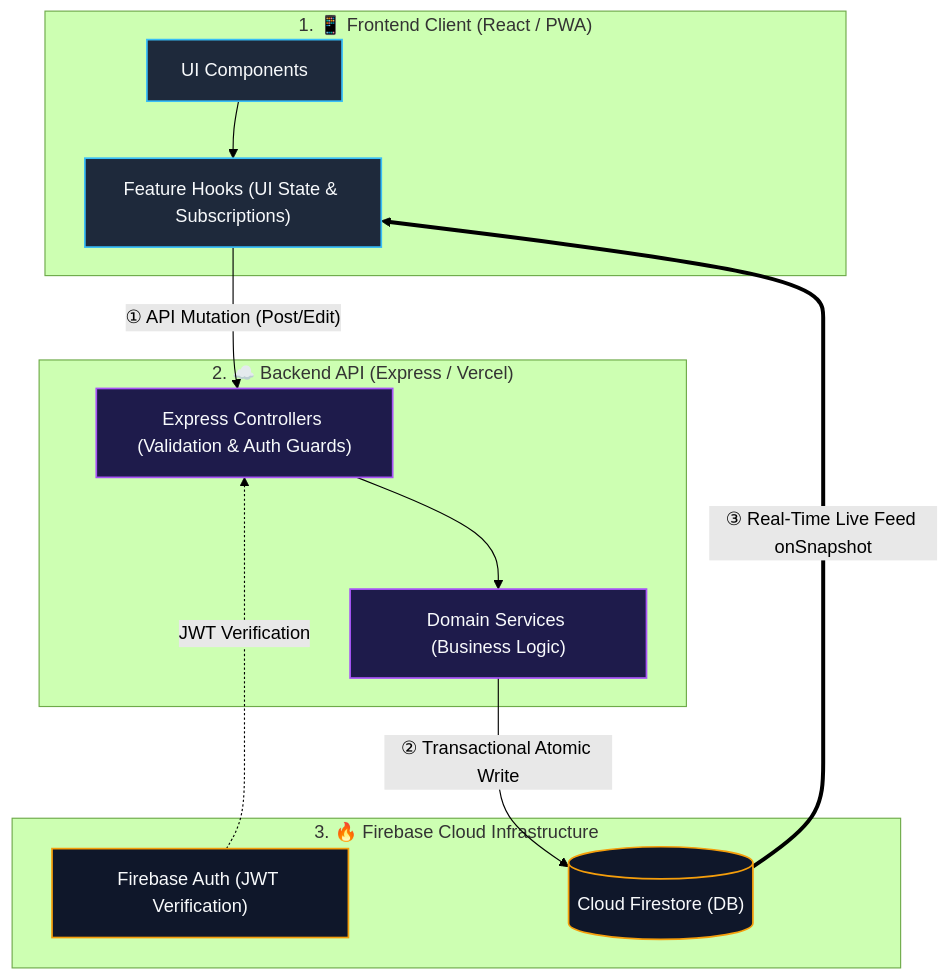
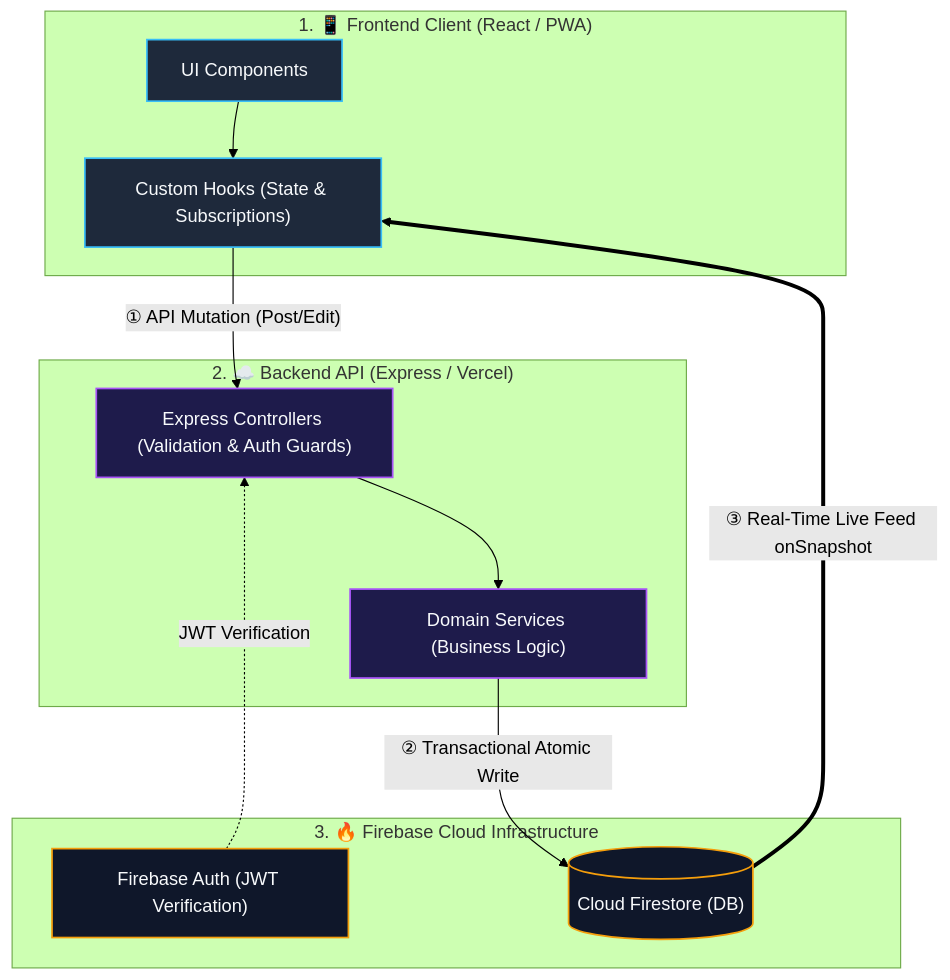
The diagram in docs/architecture.md (ScriptureHabit/scripture-habit), drawn with Mermaid (forest theme) before and after one commit. The commit also changed other lines of this file and 1 other file, not shown here.

Commit message:
docs: refine architecture reference and data flow prose in JA and EN

````diff
--- a/docs/architecture.md
+++ b/docs/architecture.md
@@ -51,27 +57,27 @@
 ```mermaid
 flowchart TD
     classDef fe fill:#1e293b,stroke:#38bdf8,stroke-width:1.5px,color:#f8fafc;
     classDef be fill:#1e1b4b,stroke:#a855f7,stroke-width:1.5px,color:#f8fafc;
     classDef fb fill:#0f172a,stroke:#f59e0b,stroke-width:1.5px,color:#f8fafc;
 
     subgraph Frontend["1. 📱 Frontend Client (React / PWA)"]
-        Component["UI Components"]:::fe --> Hook["Feature Hooks (UI State & Subscriptions)"]:::fe
+        Component["UI Components"]:::fe --> Hook["Custom Hooks (State & Subscriptions)"]:::fe
     end
 
     subgraph Backend["2. ☁️ Backend API (Express / Vercel)"]
         API["Express Controllers (Validation & Auth Guards)"]:::be --> Service["Domain Services (Business Logic)"]:::be
     end
 
     subgraph Firebase["3. 🔥 Firebase Cloud Infrastructure"]
         Auth["Firebase Auth (JWT Verification)"]:::fb
         DB[("Cloud Firestore (DB)")]:::fb
     end
 
     Hook -- "① API Mutation (Post/Edit)" --> API
     Auth -. "JWT Verification" .-> API
     Service -- "② Transactional Atomic Write" --> DB
     DB ==>|③ Real-Time Live Feed onSnapshot| Hook
 
     Frontend ~~~ Backend
     Backend ~~~ Firebase
 ```
````
